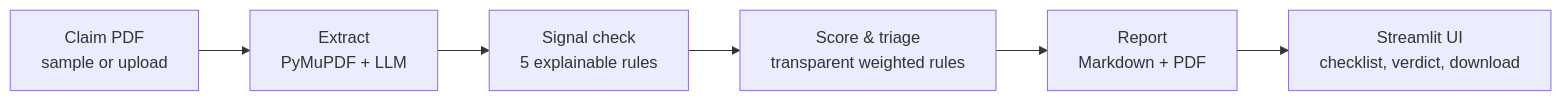
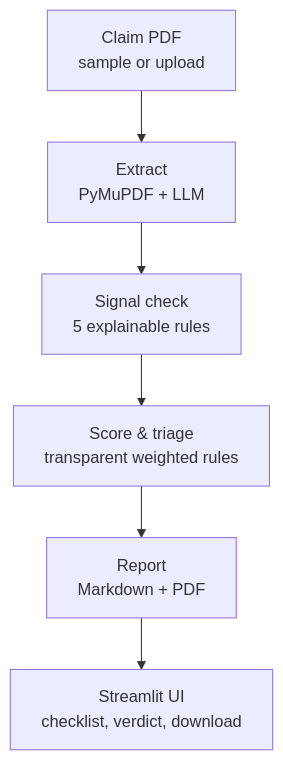
The first of 2 diagrams in README.md (AmbikeshMishra/claims-copilot-fraud-triage-agent), drawn with Mermaid before and after one commit. The commit also changed other lines of this file, not shown here.

Commit message:
Make pipeline diagram vertical and add a system architecture diagram

````diff
--- a/README.md
+++ b/README.md
@@ -23,8 +23,11 @@
 ```mermaid
-flowchart LR
-    A[Claim PDF<br/>sample or upload] --> B[Extract<br/>PyMuPDF + LLM]
-    B --> C[Signal check<br/>5 explainable rules]
-    C --> D[Score & triage<br/>transparent weighted rules]
-    D --> E[Report<br/>Markdown + PDF]
-    E --> F[Streamlit UI<br/>checklist, verdict, download]
+flowchart TD
+    A[Claim PDF<br/>sample or upload]
+    B[Extract<br/>PyMuPDF + LLM]
+    C[Signal check<br/>5 explainable rules]
+    D[Score & triage<br/>transparent weighted rules]
+    E[Report<br/>Markdown + PDF]
+    F[Streamlit UI<br/>checklist, verdict, download]
+
+    A --> B --> C --> D --> E --> F
 ```
````
